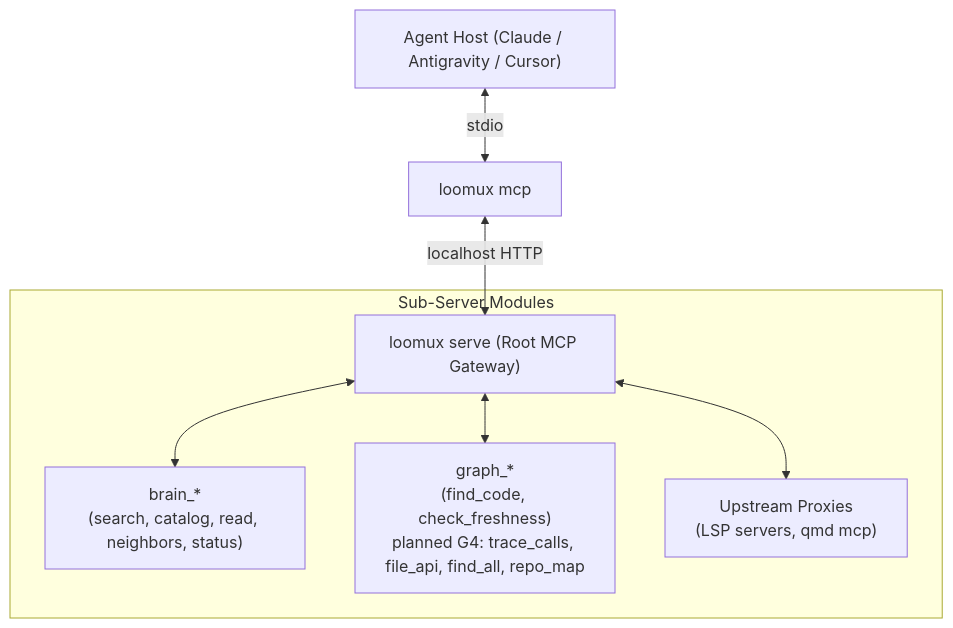
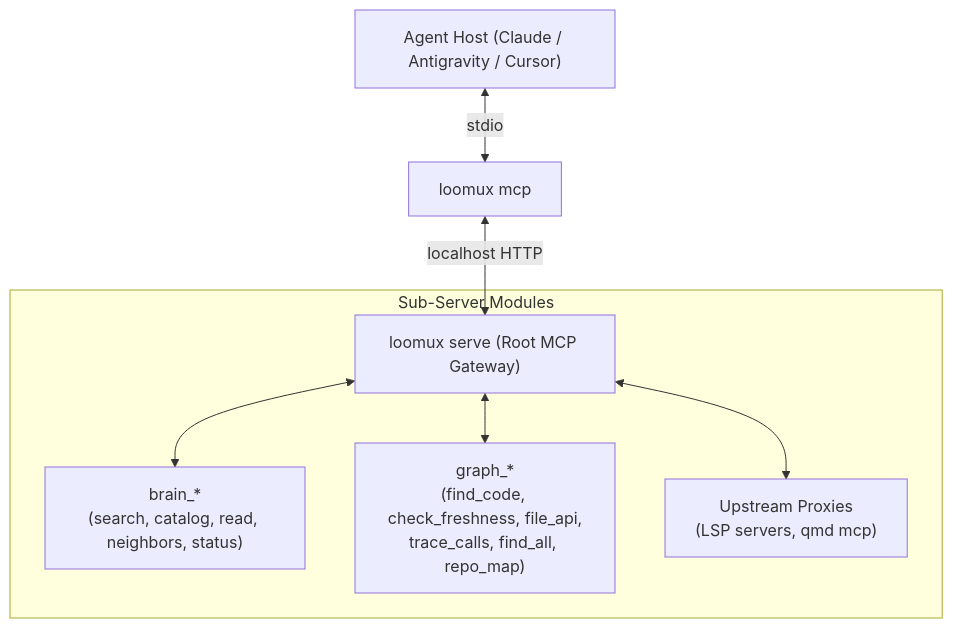
The fourth of 4 diagrams in README.md (xidus90/loomux), drawn with Mermaid before and after one commit. The commit also changed other lines of this file and 16 other files, not shown here.

Commit message:
docs(graph): document stage G4a navigation and record parity ledger

````diff
--- a/README.md
+++ b/README.md
@@ -96,11 +96,11 @@
 ```mermaid
 flowchart TD
     Host["Agent Host (Claude / Antigravity / Cursor)"] <--> |stdio| Bridge["loomux mcp"]
     Bridge <--> |localhost HTTP| Root["loomux serve (Root MCP Gateway)"]
     
     subgraph Namespaces["Sub-Server Modules"]
         Root <--> Brain["brain_*<br/>(search, catalog, read, neighbors, status)"]
-        Root <--> Graph["graph_*<br/>(find_code, check_freshness)<br/>planned G4: trace_calls, file_api, find_all, repo_map"]
+        Root <--> Graph["graph_*<br/>(find_code, check_freshness, file_api,<br/>trace_calls, find_all, repo_map)"]
         Root <--> Upstreams["Upstream Proxies<br/>(LSP servers, qmd mcp)"]
     end
 ```
````
